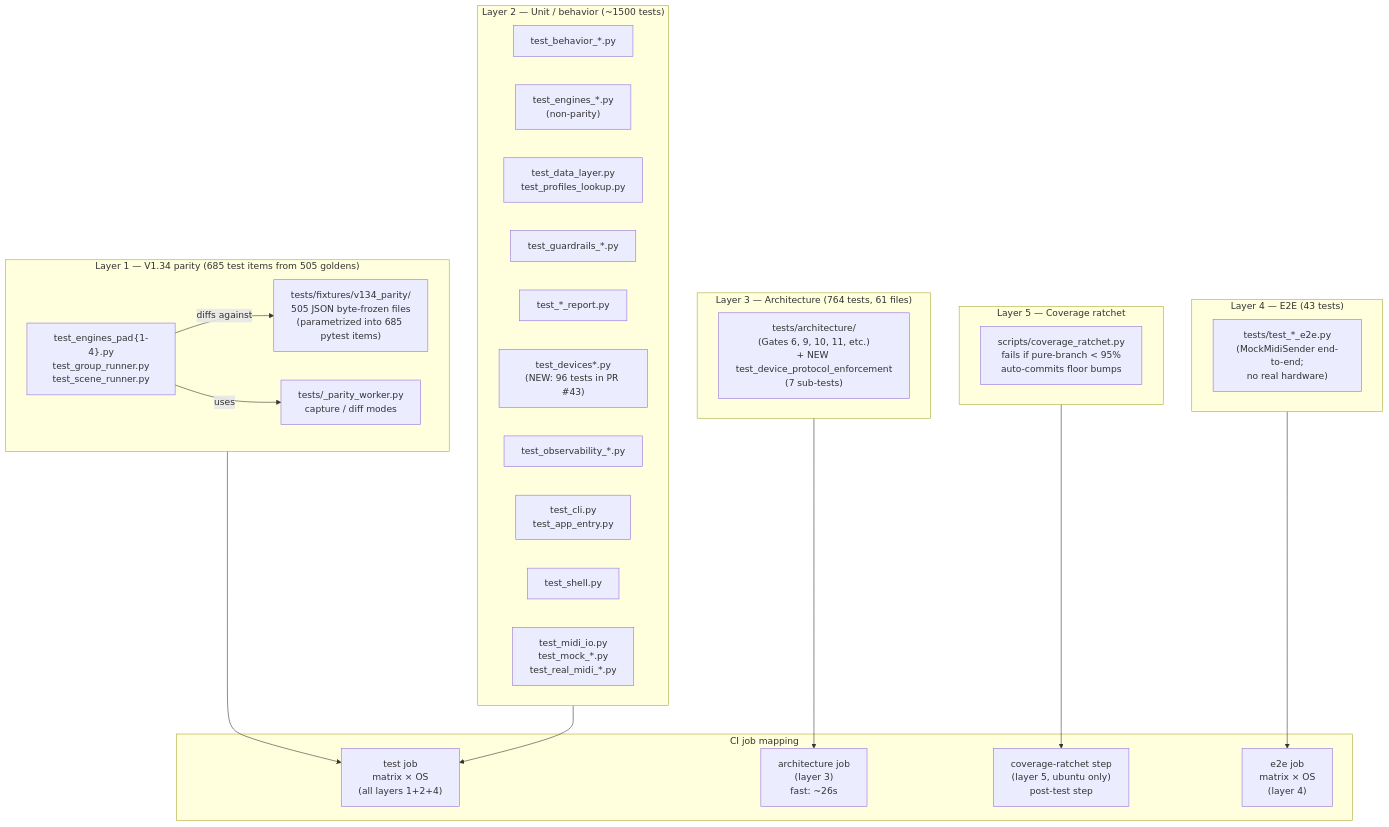
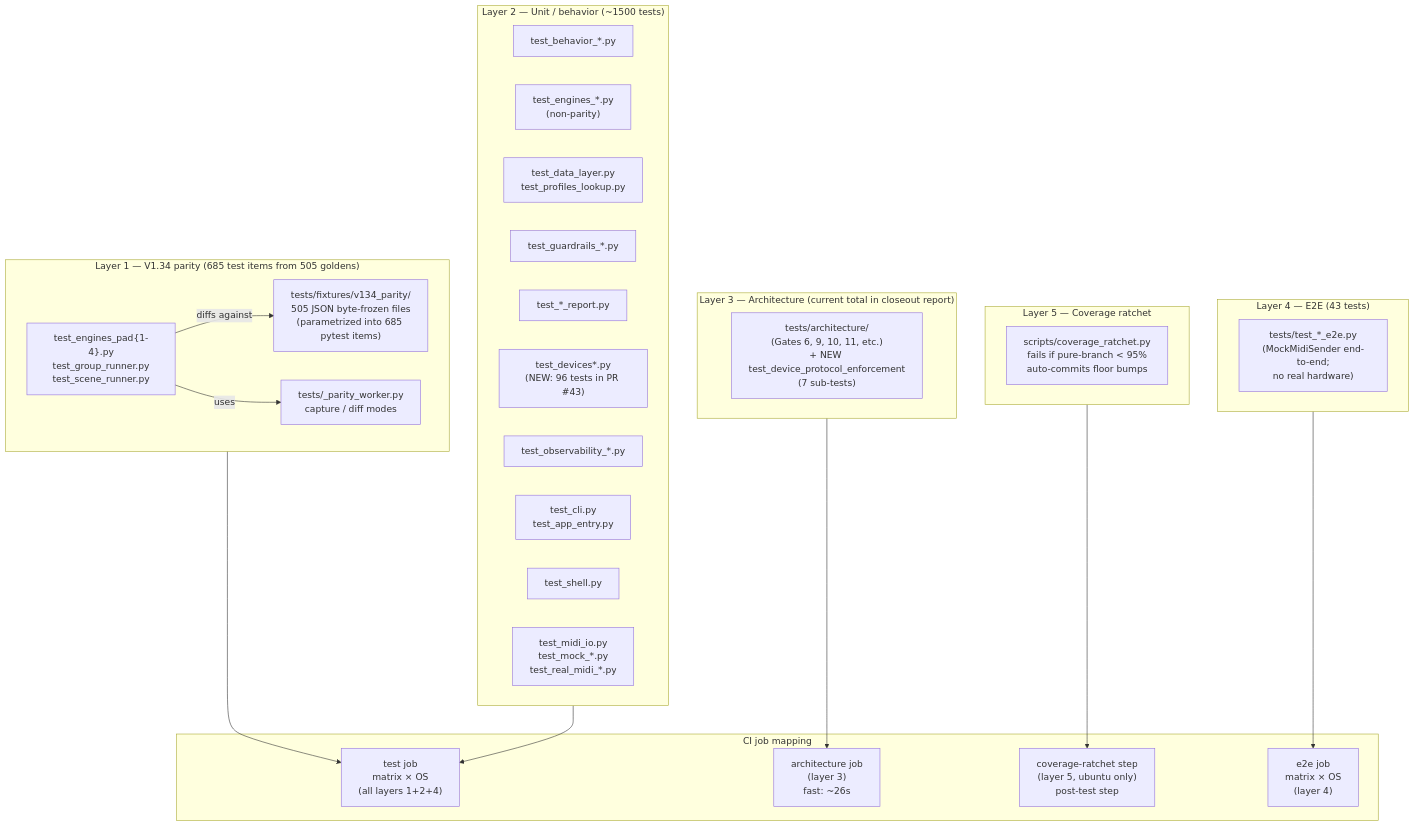
Diagram 13 of 35 in docs/ARCHITECTURE_DIAGRAMS.md (buzzijose-hub/RytmRandomizer), drawn with Mermaid before and after one commit. The commit also changed other lines of this file and 149 other files, not shown here.

````diff
--- a/docs/ARCHITECTURE_DIAGRAMS.md
+++ b/docs/ARCHITECTURE_DIAGRAMS.md
@@ -1055,49 +1073,49 @@
 ```mermaid
 flowchart TB
     subgraph Layer1["Layer 1 — V1.34 parity (685 test items from 505 goldens)"]
         Goldens["tests/fixtures/v134_parity/<br/>505 JSON byte-frozen files<br/>(parametrized into 685 pytest items)"]
         ParityTests["test_engines_pad{1-4}.py<br/>test_group_runner.py<br/>test_scene_runner.py"]
         ParityWorker["tests/_parity_worker.py<br/>capture / diff modes"]
     end
 
     subgraph Layer2["Layer 2 — Unit / behavior (~1500 tests)"]
         BehaviorTests["test_behavior_*.py"]
         EngineUnits["test_engines_*.py<br/>(non-parity)"]
         DataTests["test_data_layer.py<br/>test_profiles_lookup.py"]
         GuardrailsTests["test_guardrails_*.py"]
         ReportsTests["test_*_report.py"]
         DeviceTests["test_devices*.py<br/>(NEW: 96 tests in PR #43)"]
         ObservabilityTests["test_observability_*.py"]
         CliTests["test_cli.py<br/>test_app_entry.py"]
         ShellTests["test_shell.py"]
         MidiTests["test_midi_io.py<br/>test_mock_*.py<br/>test_real_midi_*.py"]
     end
 
-    subgraph Layer3["Layer 3 — Architecture (764 tests, 61 files)"]
+    subgraph Layer3["Layer 3 — Architecture (current total in closeout report)"]
         ArchTests["tests/architecture/<br/>(Gates 6, 9, 10, 11, etc.)<br/>+ NEW test_device_protocol_enforcement<br/>(7 sub-tests)"]
     end
 
     subgraph Layer4["Layer 4 — E2E (43 tests)"]
         E2ETests["tests/test_*_e2e.py<br/>(MockMidiSender end-to-end;<br/>no real hardware)"]
     end
 
     subgraph Layer5["Layer 5 — Coverage ratchet"]
         CovScript["scripts/coverage_ratchet.py<br/>fails if pure-branch < 95%<br/>auto-commits floor bumps"]
     end
 
     subgraph CIJobs["CI job mapping"]
         TestJob["test job<br/>matrix × OS<br/>(all layers 1+2+4)"]
         ArchJob["architecture job<br/>(layer 3)<br/>fast: ~26s"]
         CovJob["coverage-ratchet step<br/>(layer 5, ubuntu only)<br/>post-test step"]
         E2EJob["e2e job<br/>matrix × OS<br/>(layer 4)"]
     end
 
     Layer1 --> TestJob
     Layer2 --> TestJob
     Layer3 --> ArchJob
     Layer4 --> E2EJob
     Layer5 --> CovJob
 
     ParityTests -->|"diffs against"| Goldens
     ParityTests -->|"uses"| ParityWorker
 ```
````
